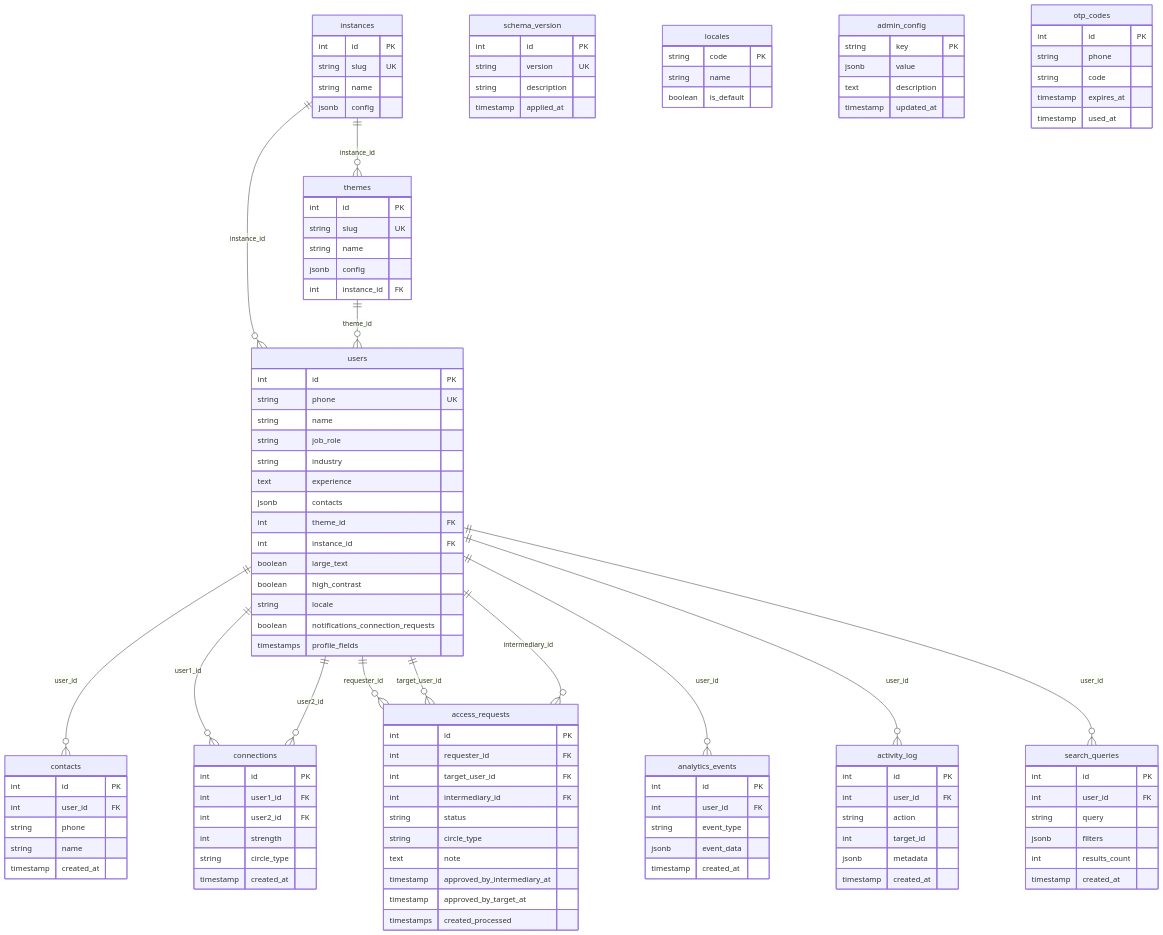
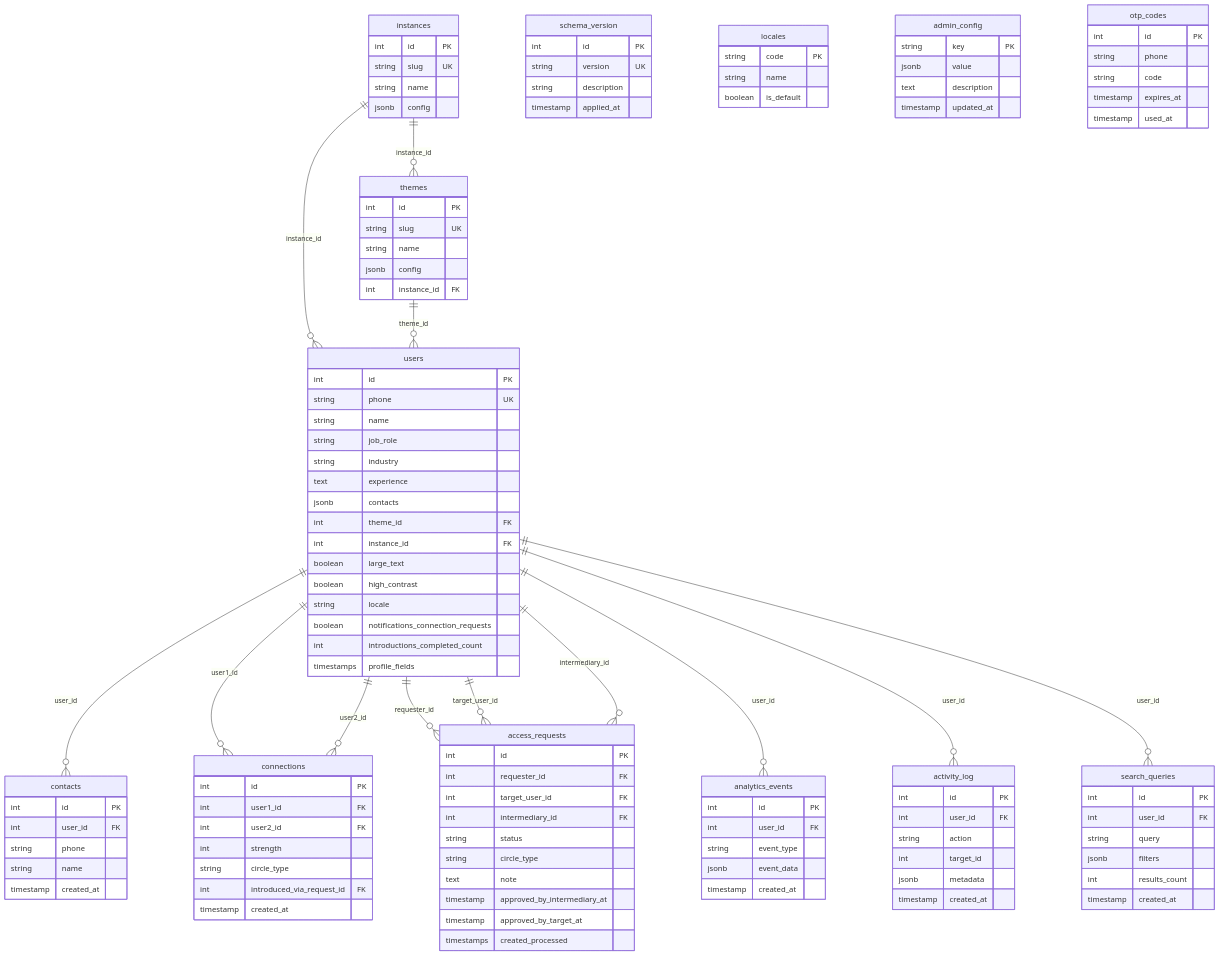
Before and after one commit to BAZZM/TrustN: the diagram in docs/PRODUCT_OVERVIEW.md, drawn with Mermaid. The commit also changed other lines of this file and 21 other files, not shown here.

First line of the commit message:
TrustN UI: connections intro flow, secondary graph quick-add, API alignment

```diff
--- a/docs/PRODUCT_OVERVIEW.md
+++ b/docs/PRODUCT_OVERVIEW.md
@@ -119,6 +120,7 @@
     boolean high_contrast
     string locale
     boolean notifications_connection_requests
+    int introductions_completed_count
     timestamps profile_fields
   }
 
@@ -136,6 +138,7 @@
     int user2_id FK
     int strength
     string circle_type
+    int introduced_via_request_id FK
     timestamp created_at
   }
 
```
